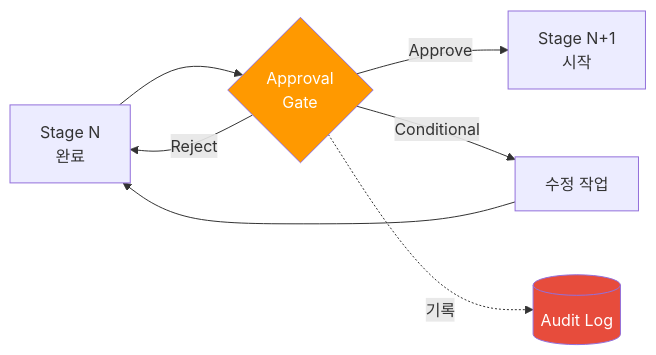
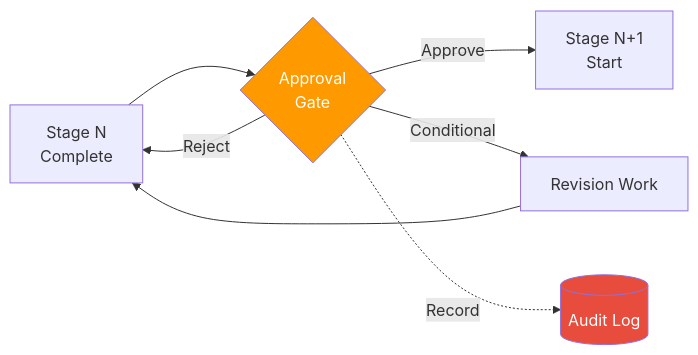
The second of 5 diagrams in docs/aidlc/operations/audit-governance.md (devfloor9/engineering-playbook), drawn with Mermaid before and after one commit. The commit also changed other lines of this file and 954 other files, not shown here.

````diff
--- a/docs/aidlc/operations/audit-governance.md
+++ b/docs/aidlc/operations/audit-governance.md
@@ -87,13 +89,13 @@
 ```mermaid
 flowchart LR
-    S1[Stage N<br/>완료] --> GATE{Approval<br/>Gate}
-    GATE -->|Approve| S2[Stage N+1<br/>시작]
+    S1[Stage N<br/>Complete] --> GATE{Approval<br/>Gate}
+    GATE -->|Approve| S2[Stage N+1<br/>Start]
     GATE -->|Reject| S1
-    GATE -->|Conditional| REVISE[수정 작업]
+    GATE -->|Conditional| REVISE[Revision Work]
     REVISE --> S1
 
-    GATE -.기록.-> AUDIT[(Audit Log)]
+    GATE -.Record.-> AUDIT[(Audit Log)]
 
     style GATE fill:#ff9900,color:#fff
     style AUDIT fill:#e74c3c,color:#fff
 ```
````
